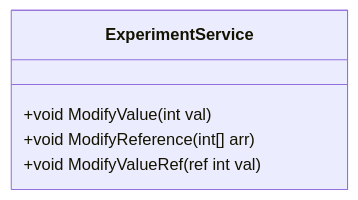
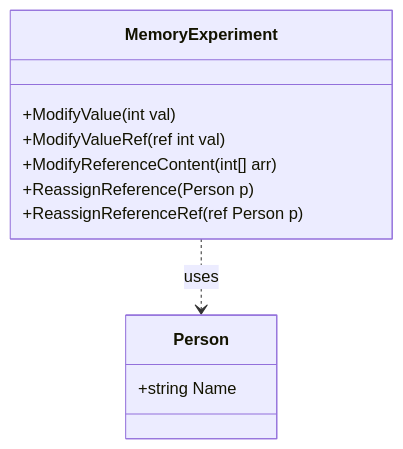
Before and after one commit to T-Boyke/C-Sharp-OOP-Fundamentals: the diagram in 11_ValueReferences/README.md, drawn with Mermaid. The commit also changed other lines of this file and 10 other files, not shown here.

````diff
--- a/11_ValueReferences/README.md
+++ b/11_ValueReferences/README.md
@@ -54,8 +32,16 @@
 ```mermaid
 classDiagram
-    class ExperimentService {
-        +void ModifyValue(int val)
-        +void ModifyReference(int[] arr)
-        +void ModifyValueRef(ref int val)
+    class MemoryExperiment {
+        +ModifyValue(int val)
+        +ModifyValueRef(ref int val)
+        +ModifyReferenceContent(int[] arr)
+        +ReassignReference(Person p)
+        +ReassignReferenceRef(ref Person p)
     }
+
+    class Person {
+        +string Name
+    }
+
+    MemoryExperiment ..> Person : uses
 ```
````
